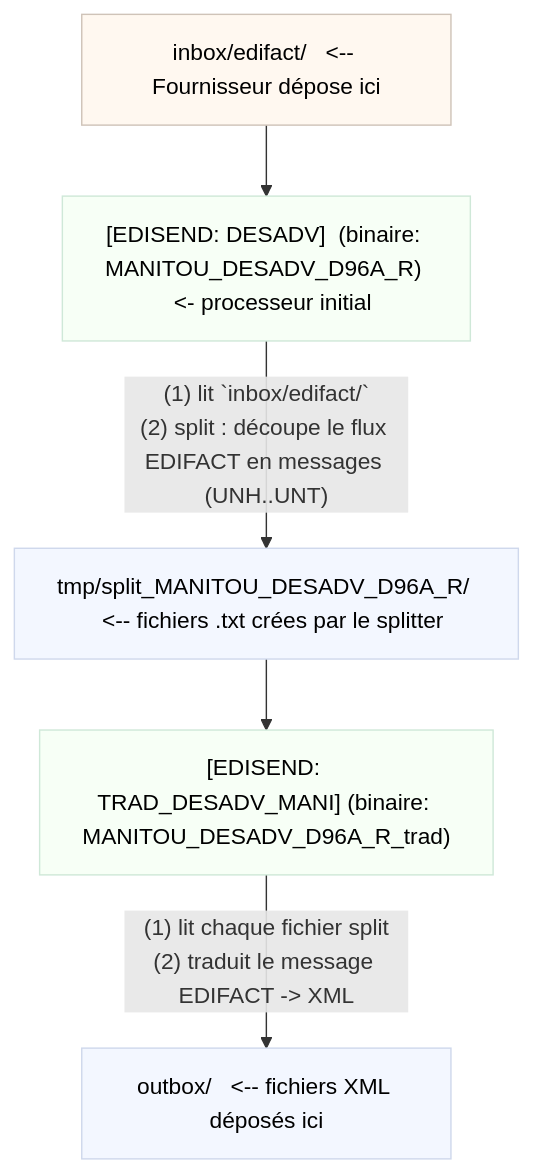
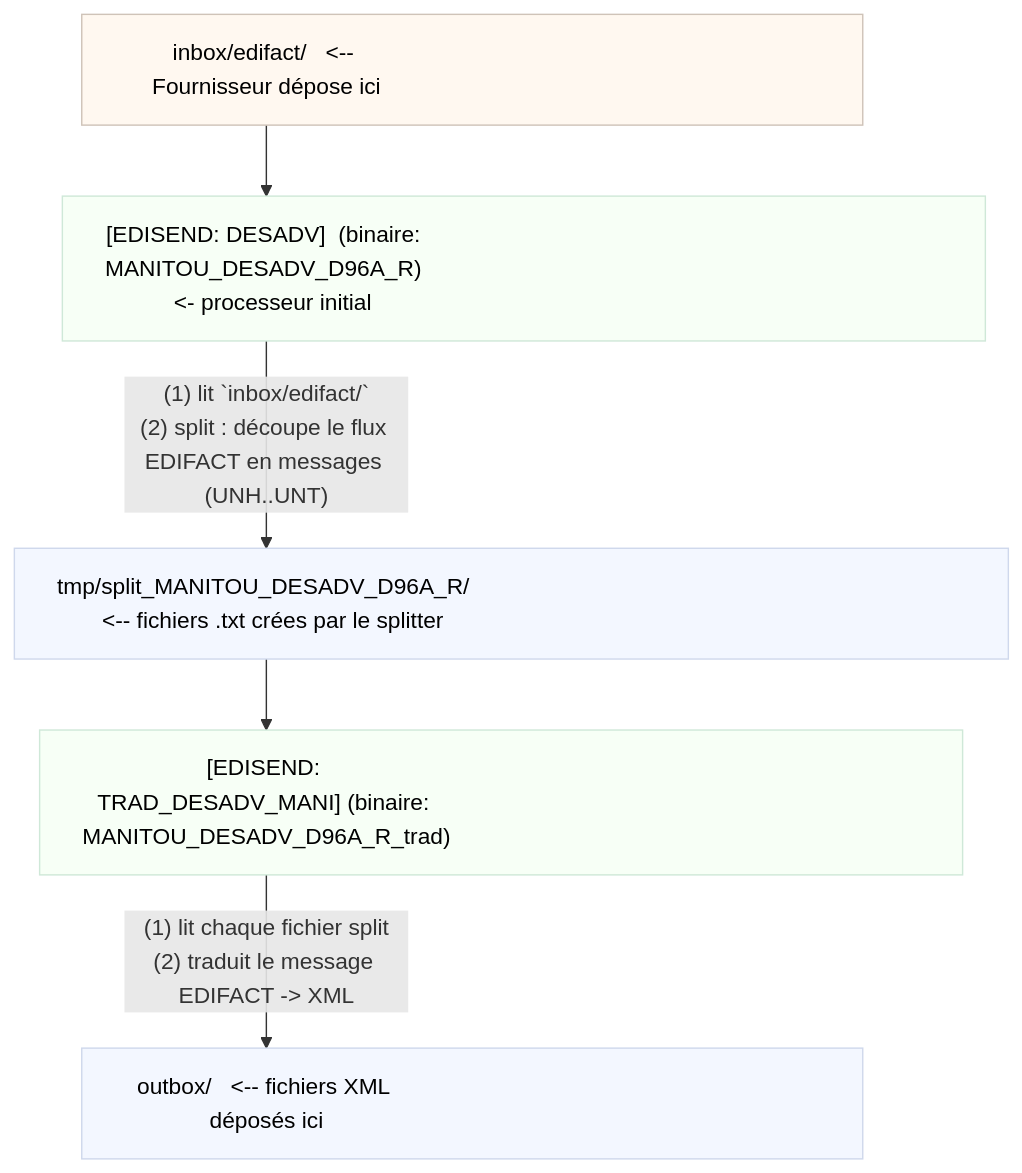
One commit to HMaPredell/visuel changed the diagram in README.md. Above: the diagram before and after it, drawn with Mermaid.

````diff
--- a/README.md
+++ b/README.md
@@ -5,19 +5,26 @@
 ```mermaid
 flowchart TD
   %% Styles
   %% Neutral styles
   classDef pastelA fill:#fff8f0,stroke:#cfc3b8,stroke-width:1px,color:#000;
   classDef pastelB fill:#f7fff6,stroke:#cfe8d8,stroke-width:1px,color:#000;
   classDef pastelC fill:#f3f7ff,stroke:#cfd8ec,stroke-width:1px,color:#000;
 
   A["inbox/edifact/   &lt;-- Fournisseur d&eacute;pose ici"]:::pastelA
   B["[EDISEND: DESADV]  (binaire: MANITOU_DESADV_D96A_R)   &lt;- processeur initial"]:::pastelB
   C["tmp/split_MANITOU_DESADV_D96A_R/   &lt;-- fichiers .txt cr&eacute;es par le splitter"]:::pastelC
   D["[EDISEND: TRAD_DESADV_MANI] (binaire: MANITOU_DESADV_D96A_R_trad)"]:::pastelB
   E["outbox/   &lt;-- fichiers XML d&eacute;pos&eacute;s ici"]:::pastelC
 
   A --> B
   B -->|"(1) lit `inbox/edifact/`<br/>(2) split : d&eacute;coupe le flux EDIFACT en messages (UNH..UNT)"| C
   C --> D
   D -->|"(1) lit chaque fichier split<br/>(2) traduit le message EDIFACT -> XML"| E
+
+  %% widen nodes to reduce text wrapping
+  style A width:550px
+  style B width:650px
+  style C width:700px
+  style D width:650px
+  style E width:550px
 ```
````
